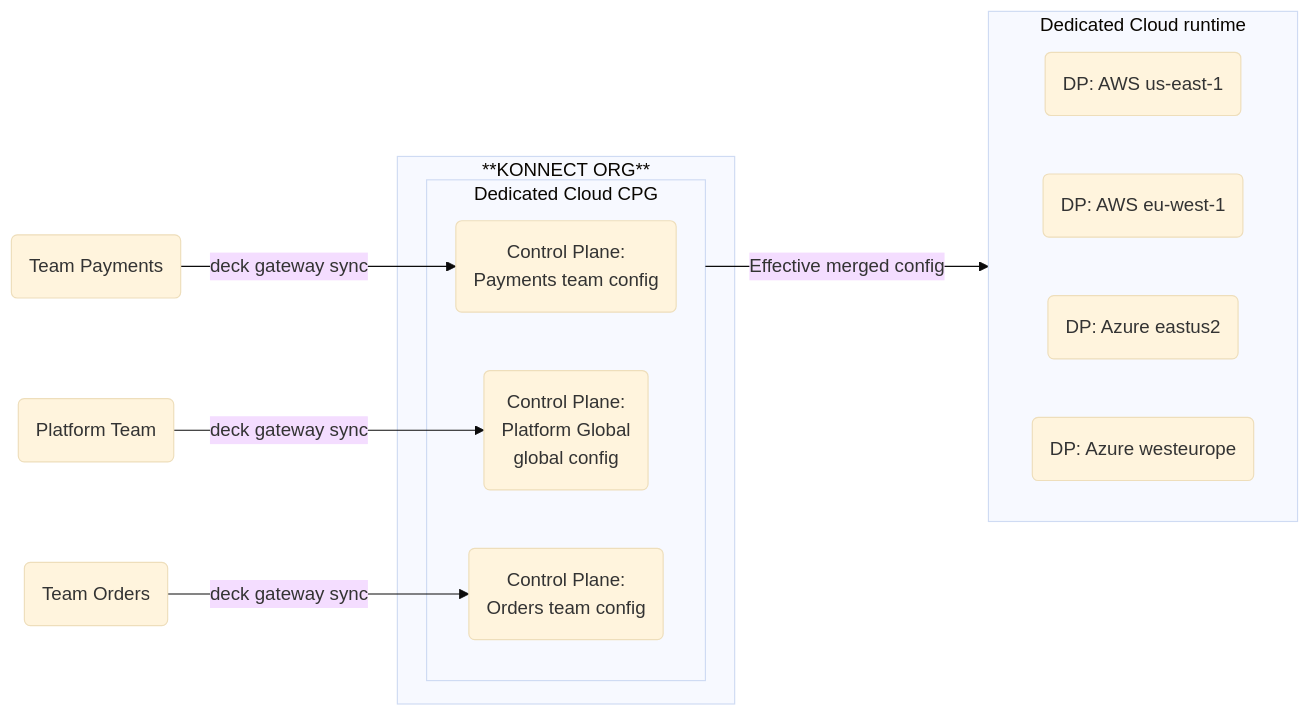
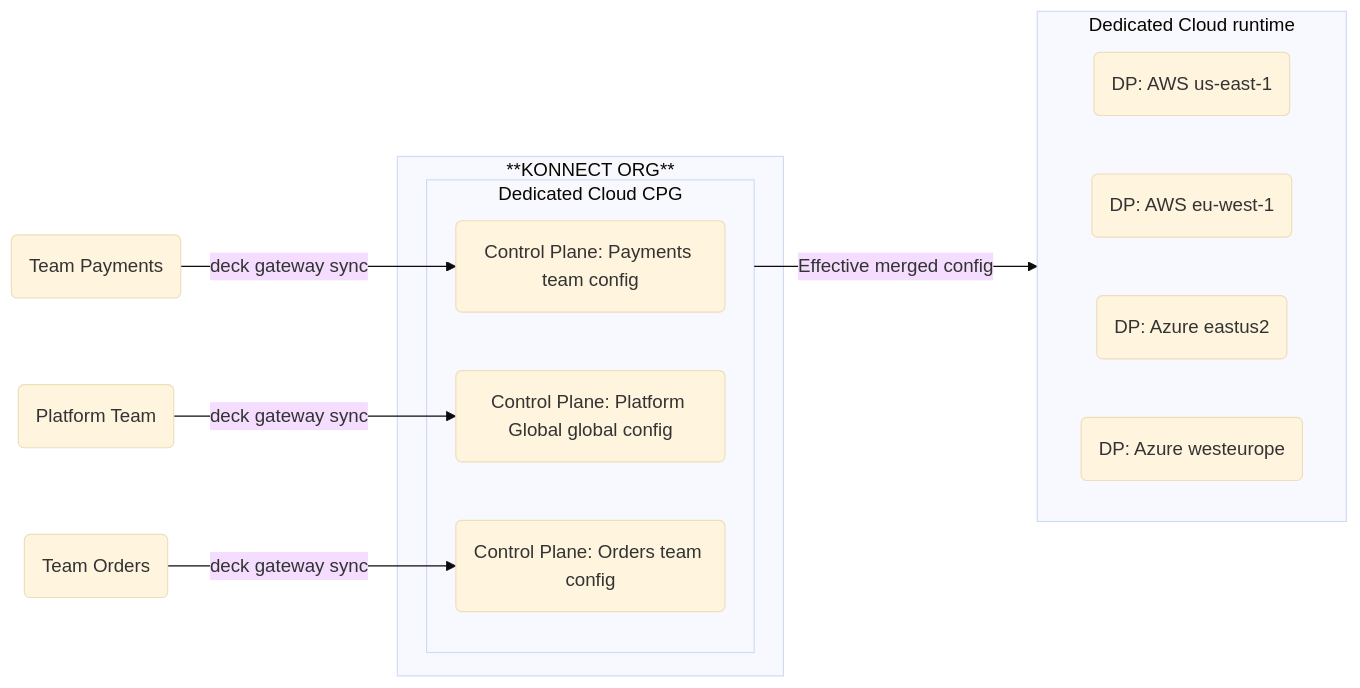
One commit to Kong/developer.konghq.com changed the second of 2 diagrams in app/dedicated-cloud-gateways/reference.md. Above: the diagram before and after it, drawn with Mermaid (base theme). The commit also changed other lines of this file and 15 other files, not shown here.

```diff
--- a/app/dedicated-cloud-gateways/reference.md
+++ b/app/dedicated-cloud-gateways/reference.md
@@ -170,23 +170,22 @@
 {% mermaid %}
 flowchart LR
- subgraph CPG["Dedicated Cloud CPG"]
-        CP1("Control Plane:<br>Payments team config")
-        CPP("Control Plane:<br>Platform Global<br>global config")
-        CP2("Control Plane:<br>Orders team config")
-  end
  subgraph ORG["**KONNECT ORG**"]
-        CPG
+    subgraph CPG["Dedicated Cloud CPG"]
+        CP1("Control Plane: Payments team config")
+        CPP("Control Plane: Platform Global global config")
+        CP2("Control Plane: Orders team config")
+    end
   end
 
  subgraph RUNTIME["Dedicated Cloud runtime"]
     direction LR
         DPGA("DP: AWS us-east-1")
         DPGB("DP: AWS eu-west-1")
         DPGC("DP: Azure eastus2")
         DPGD("DP: Azure westeurope")
   end
     A("Team Payments") -- deck gateway sync --> CP1
     B("Team Orders") -- deck gateway sync --> CP2
     P("Platform Team") -- deck gateway sync --> CPP
     CPG -- Effective merged config --> RUNTIME
 {% endmermaid %}
```
